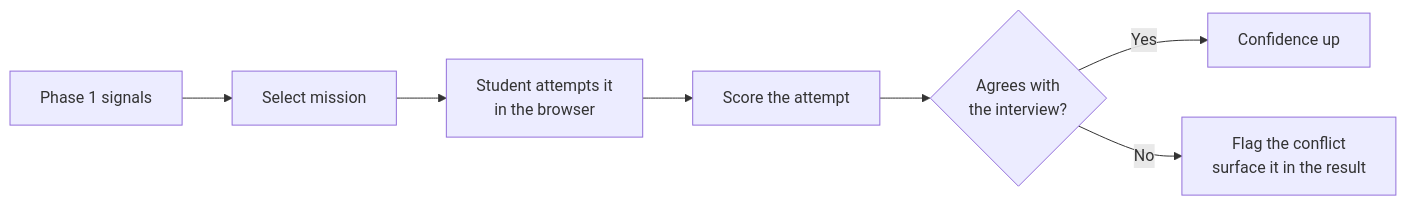
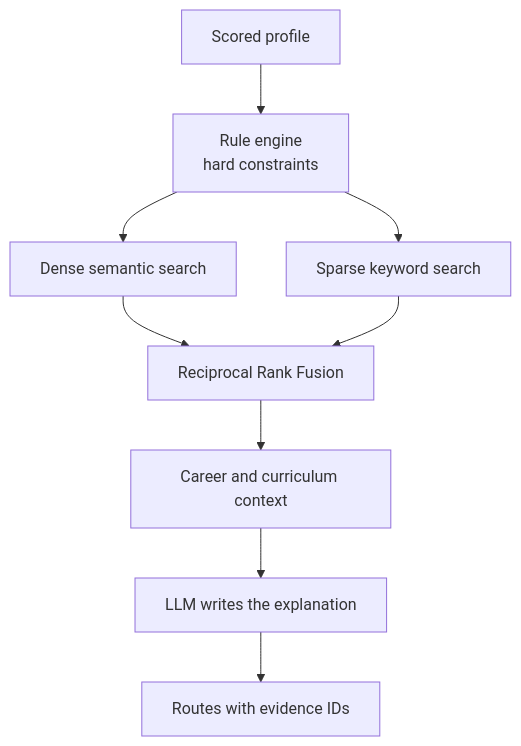
Before and after one commit to winxtxrgit/futureme-ai: the second of 2 diagrams in docs/04-ai-system.md, drawn with Mermaid. The commit also changed other lines of this file and 9 other files, not shown here.

````diff
--- a/docs/04-ai-system.md
+++ b/docs/04-ai-system.md
@@ -93,9 +185,11 @@
 ```mermaid
-flowchart LR
-    A["Phase 1 signals"] --> B["Select mission"]
-    B --> C["Student attempts it<br/>in the browser"]
-    C --> D["Score the attempt"]
-    D --> E{"Agrees with<br/>the interview?"}
-    E -->|Yes| F["Confidence up"]
-    E -->|No| G["Flag the conflict<br/>surface it in the result"]
+flowchart TD
+    A["Scored profile"] --> B["Rule engine<br/>hard constraints"]
+    B --> C["Dense semantic search"]
+    B --> D["Sparse keyword search"]
+    C --> E["Reciprocal Rank Fusion"]
+    D --> E
+    E --> F["Career and curriculum context"]
+    F --> G["LLM writes the explanation"]
+    G --> H["Routes with evidence IDs"]
 ```
````
